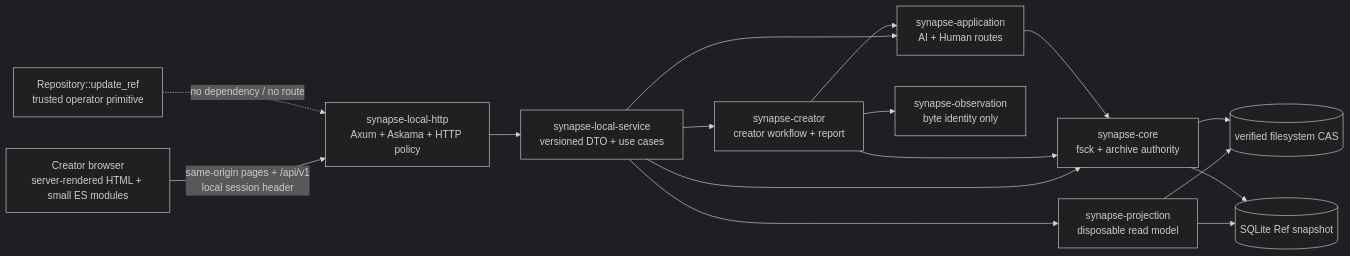
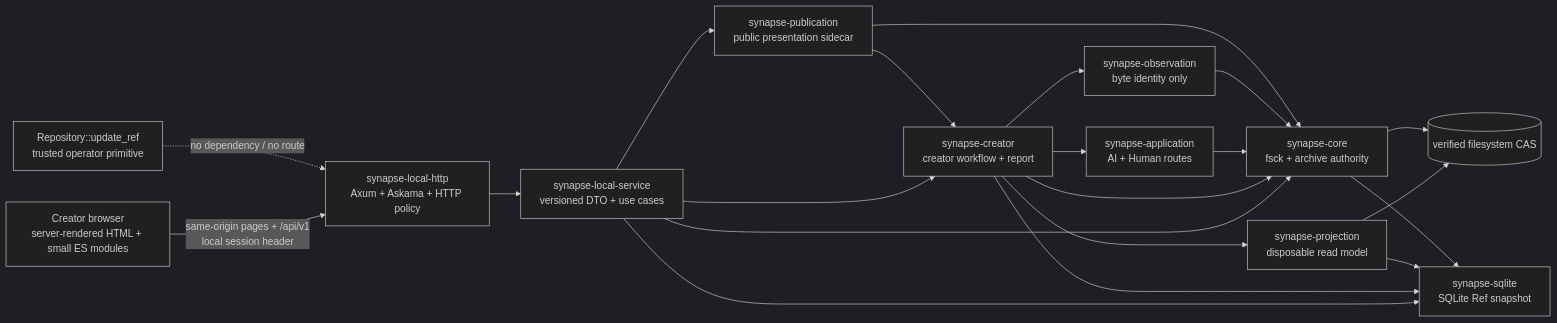
The diagram in docs/localhost_application_architecture.md (howlrs/synapsegit), drawn with Mermaid (dark theme) before and after one commit. The commit also changed other lines of this file and 50 other files, not shown here.

````diff
--- a/docs/localhost_application_architecture.md
+++ b/docs/localhost_application_architecture.md
@@ -105,19 +105,24 @@
 ```mermaid
 flowchart LR
     Browser["Creator browser<br/>server-rendered HTML + small ES modules"] -->|"same-origin pages + /api/v1<br/>local session header"| HTTP["synapse-local-http<br/>Axum + Askama + HTTP policy"]
     HTTP --> Service["synapse-local-service<br/>versioned DTO + use cases"]
     Service --> Creator["synapse-creator<br/>creator workflow + report"]
-    Service --> App["synapse-application<br/>AI + Human routes"]
-    Service --> Projection["synapse-projection<br/>disposable read model"]
     Service --> Core["synapse-core<br/>fsck + archive authority"]
-    Creator --> App
+    Service --> Refs["synapse-sqlite<br/>SQLite Ref snapshot"]
+    Service --> Publication["synapse-publication<br/>public presentation sidecar"]
+    Creator --> App["synapse-application<br/>AI + Human routes"]
     Creator --> Observation["synapse-observation<br/>byte identity only"]
     Creator --> Core
+    Creator --> Refs
+    Creator --> Projection["synapse-projection<br/>disposable read model"]
     App --> Core
     Projection --> CAS[("verified filesystem CAS")]
-    Projection --> Refs[("SQLite Ref snapshot")]
+    Projection --> Refs
     Core --> CAS
     Core --> Refs
+    Observation --> Core
+    Publication --> Core
+    Publication --> Creator
 
     Low["Repository::update_ref<br/>trusted operator primitive"] -. "no dependency / no route" .-> HTTP
 ```
````
